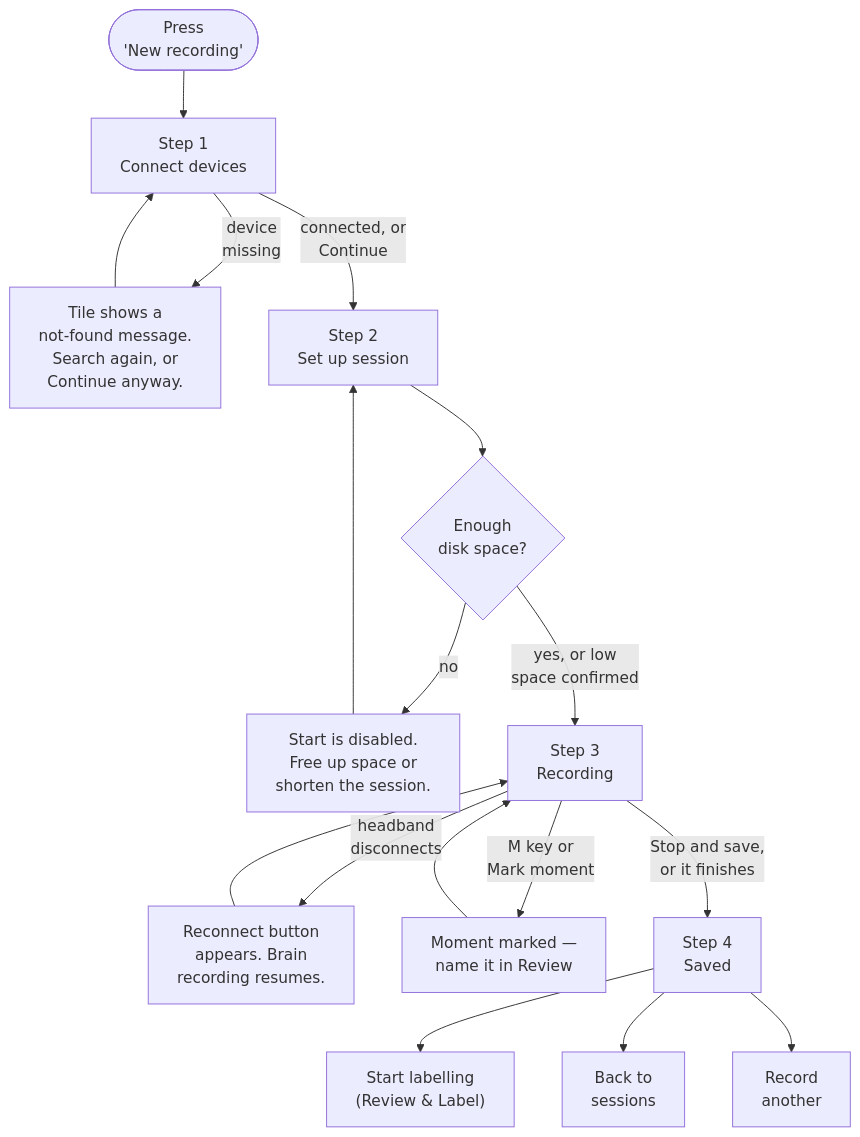
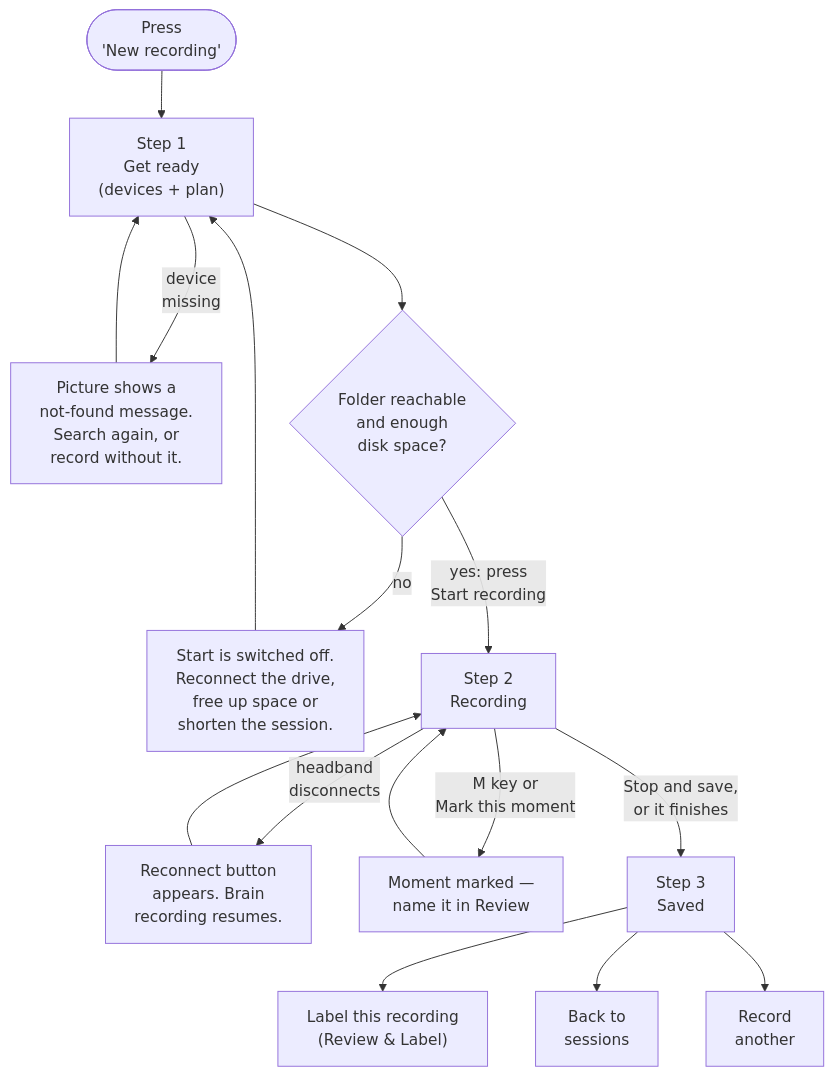
One commit to mohammadabdullahkhurram/Brain-Battle-Phase-3 changed the diagram in docs/diagrams/new-recording-flow.mmd. Above: the diagram before and after it, drawn with Mermaid. The commit also changed 76 other files, not shown here.

```diff
--- a/docs/diagrams/new-recording-flow.mmd
+++ b/docs/diagrams/new-recording-flow.mmd
@@ -1,18 +1,17 @@
 %%{init: {'themeVariables': {'fontSize': '16px'}}}%%
 flowchart TD
-    Start(["Press<br/>'New recording'"]) --> Connect["Step 1<br/>Connect devices"]
-    Connect -->|"device<br/>missing"| ConnectWarn["Tile shows a<br/>not-found message.<br/>Search again, or<br/>Continue anyway."]
-    ConnectWarn --> Connect
-    Connect -->|"connected, or<br/>Continue"| Setup["Step 2<br/>Set up session"]
-    Setup --> Disk{"Enough<br/>disk space?"}
-    Disk -->|"no"| DiskBlock["Start is disabled.<br/>Free up space or<br/>shorten the session."]
-    DiskBlock --> Setup
-    Disk -->|"yes, or low<br/>space confirmed"| Record["Step 3<br/>Recording"]
+    Start(["Press<br/>'New recording'"]) --> Ready["Step 1<br/>Get ready<br/>(devices + plan)"]
+    Ready -->|"device<br/>missing"| ReadyWarn["Picture shows a<br/>not-found message.<br/>Search again, or<br/>record without it."]
+    ReadyWarn --> Ready
+    Ready --> Disk{"Folder reachable<br/>and enough<br/>disk space?"}
+    Disk -->|"no"| DiskBlock["Start is switched off.<br/>Reconnect the drive,<br/>free up space or<br/>shorten the session."]
+    DiskBlock --> Ready
+    Disk -->|"yes: press<br/>Start recording"| Record["Step 2<br/>Recording"]
     Record -->|"headband<br/>disconnects"| Reconnect["Reconnect button<br/>appears. Brain<br/>recording resumes."]
     Reconnect --> Record
-    Record -->|"M key or<br/>Mark moment"| Moment["Moment marked —<br/>name it in Review"]
+    Record -->|"M key or<br/>Mark this moment"| Moment["Moment marked —<br/>name it in Review"]
     Moment --> Record
-    Record -->|"Stop and save,<br/>or it finishes"| Saved["Step 4<br/>Saved"]
-    Saved --> Label["Start labelling<br/>(Review &amp; Label)"]
+    Record -->|"Stop and save,<br/>or it finishes"| Saved["Step 3<br/>Saved"]
+    Saved --> Label["Label this recording<br/>(Review &amp; Label)"]
     Saved --> Sessions["Back to<br/>sessions"]
     Saved --> Another["Record<br/>another"]
```
